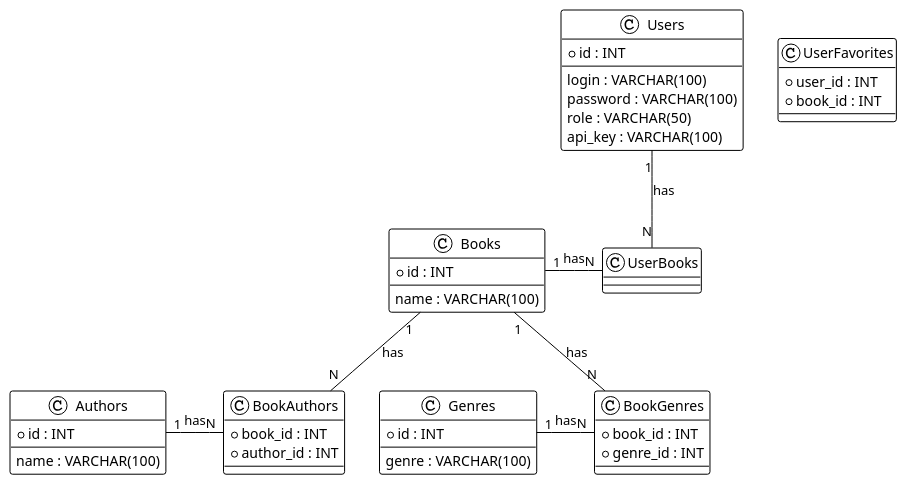
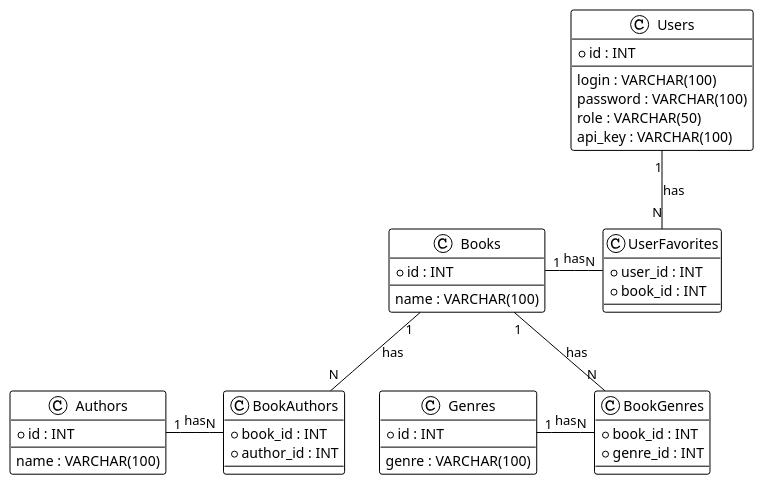
The diagram in uml/ClassDiagram.puml (idSynth/OnlineLibraryAPI), drawn with PlantUML before and after one commit.

```diff
--- a/uml/ClassDiagram.puml
+++ b/uml/ClassDiagram.puml
@@ -1,51 +1,51 @@
 @startuml
 !theme plain
 class Users {
   + id : INT
   --
   login : VARCHAR(100)
   password : VARCHAR(100)
   role : VARCHAR(50)
   api_key : VARCHAR(100)
 }
 
 class Books {
   + id : INT
   --
   name : VARCHAR(100)
 }
 
 class Authors {
   + id : INT
   --
   name : VARCHAR(100)
 }
 
 class Genres {
   + id : INT
   --
   genre : VARCHAR(100)
 }
 
 class BookAuthors {
   + book_id : INT
   + author_id : INT
 }
 
 class BookGenres {
   + book_id : INT
   + genre_id : INT
 }
 
 class UserFavorites {
   + user_id : INT
   + book_id : INT
 }
 
-Users "1" -- "N" UserBooks : has
-Books "1" - "N" UserBooks : has
+Users "1" -- "N" UserFavorites : has
+Books "1" - "N" UserFavorites : has
 Books "1" -- "N" BookAuthors : has
 Authors "1" - "N" BookAuthors : has
 Books "1" -- "N" BookGenres : has
 Genres "1" - "N" BookGenres : has
 @enduml
```
